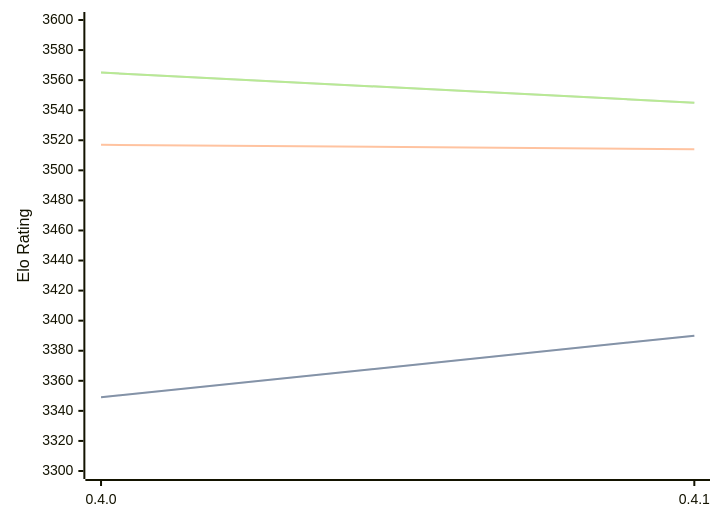
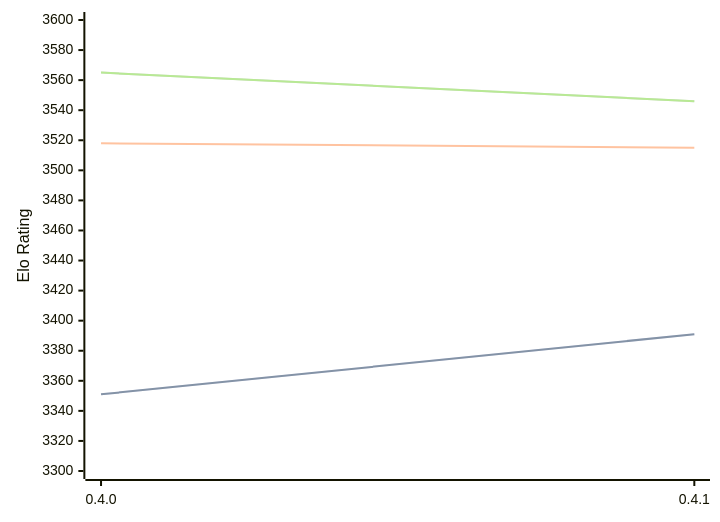
The diagram in engines/Cinder.md (computer-chess-index/cci), drawn with Mermaid before and after one commit. The commit also changed other lines of this file, not shown here.

Commit message:
Update CCI Ratings (ELO VLTC) - 2026-05-01

````diff
--- a/engines/Cinder.md
+++ b/engines/Cinder.md
@@ -40,11 +40,11 @@
 ```mermaid
 %%{init: {"theme":"base","themeVariables":{"seriesColors:['#a3a3a3','#222221','#faa371']}}}%%
 xychart-beta
   x-axis ["0.4.0", "0.4.1"]
   y-axis "Elo Rating" 3300 --> 3600
-  line "STC (8.0+0.08s)" [3349, 3390]
-  line "STC (8.0+0.08s)" [3349, 3390]
-  line "LTC (60.0+0.60s)" [3517, 3514]
-  line "VLTC (2m24s+1.12s)" [3565, 3545]
-  line "VLTC (2m24s+1.12s)" [3565, 3545]
+  line "STC (8.0+0.08s)" [3351, 3391]
+  line "STC (8.0+0.08s)" [3351, 3391]
+  line "LTC (60.0+0.60s)" [3518, 3515]
+  line "VLTC (2m24s+1.12s)" [3565, 3546]
+  line "VLTC (2m24s+1.12s)" [3565, 3546]
 ```
````
